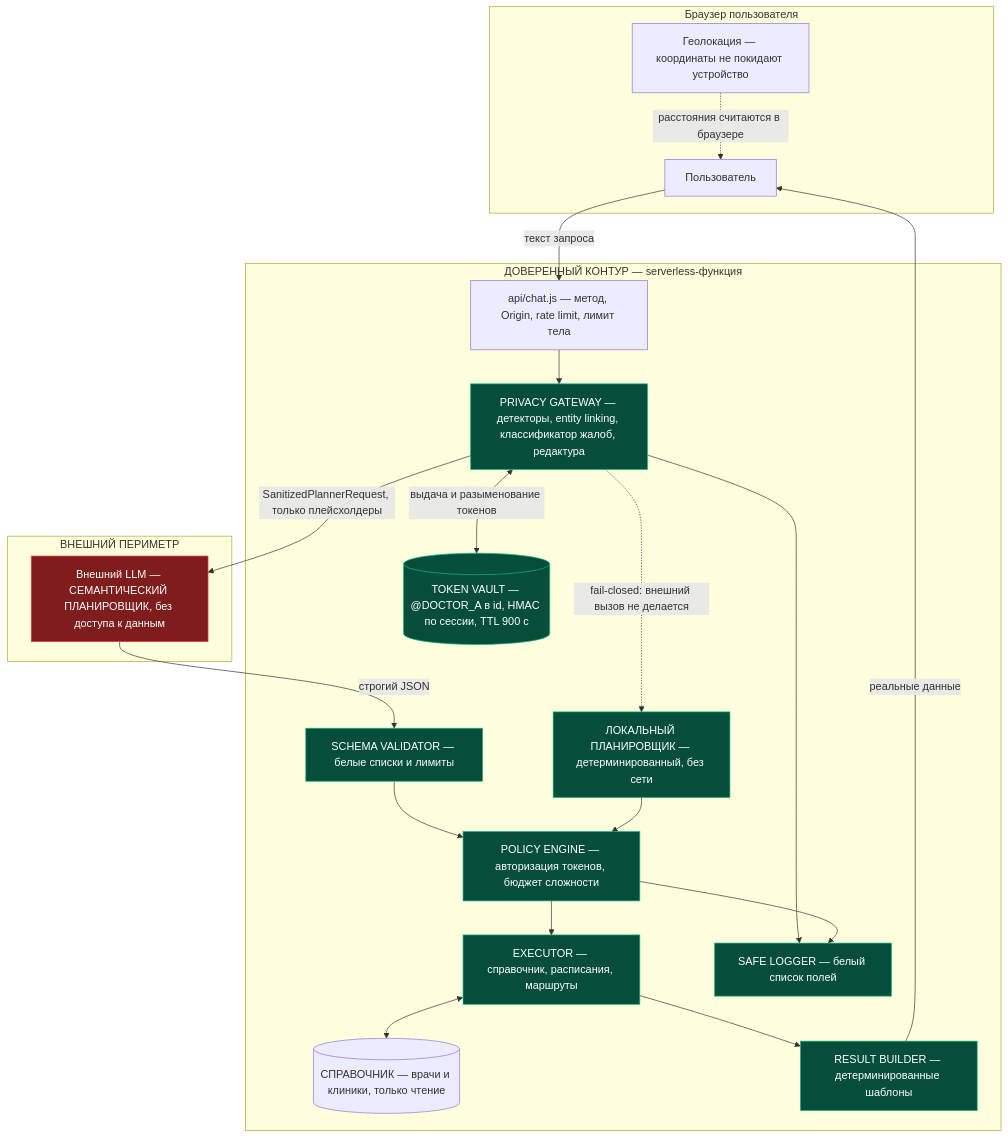
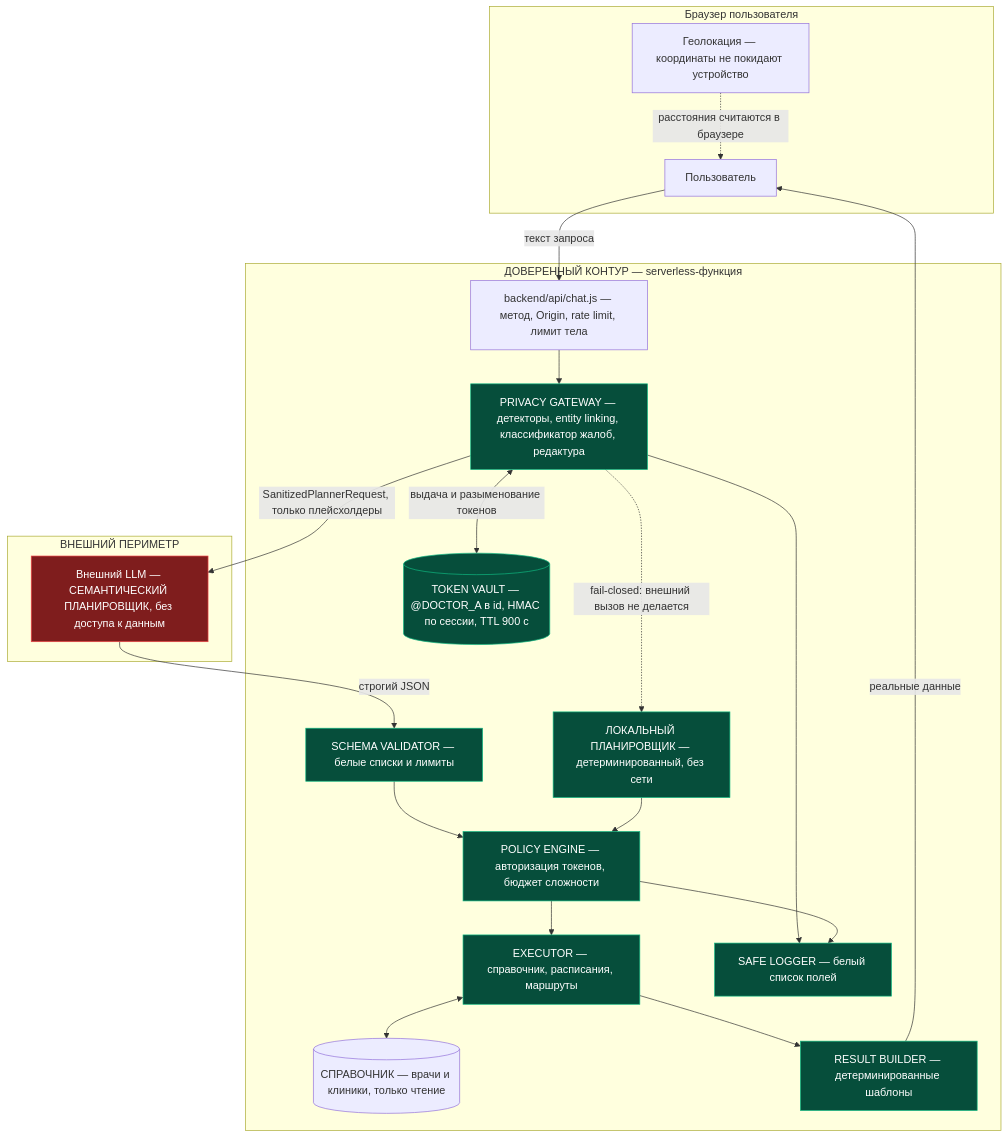
The first of 2 diagrams in docs/privacy-architecture.md (MaksimMerkushev/MedKarta), drawn with Mermaid before and after one commit. The commit also changed other lines of this file and 78 other files, not shown here.

````diff
--- a/docs/privacy-architecture.md
+++ b/docs/privacy-architecture.md
@@ -21,45 +21,45 @@
 ```mermaid
 flowchart TB
     subgraph browser["Браузер пользователя"]
         U["Пользователь"]
         GEO["Геолокация — координаты не покидают устройство"]
     end
 
     subgraph trusted["ДОВЕРЕННЫЙ КОНТУР — serverless-функция"]
-        API["api/chat.js — метод, Origin, rate limit, лимит тела"]
+        API["backend/api/chat.js — метод, Origin, rate limit, лимит тела"]
         GW["PRIVACY GATEWAY — детекторы, entity linking, классификатор жалоб, редактура"]
         VAULT[("TOKEN VAULT — @DOCTOR_A в id, HMAC по сессии, TTL 900 c")]
         LOCAL["ЛОКАЛЬНЫЙ ПЛАНИРОВЩИК — детерминированный, без сети"]
         VAL["SCHEMA VALIDATOR — белые списки и лимиты"]
         POL["POLICY ENGINE — авторизация токенов, бюджет сложности"]
         EXEC["EXECUTOR — справочник, расписания, маршруты"]
         CAT[("СПРАВОЧНИК — врачи и клиники, только чтение")]
         RES["RESULT BUILDER — детерминированные шаблоны"]
         LOG["SAFE LOGGER — белый список полей"]
     end
 
     subgraph external["ВНЕШНИЙ ПЕРИМЕТР"]
         LLM["Внешний LLM — СЕМАНТИЧЕСКИЙ ПЛАНИРОВЩИК, без доступа к данным"]
     end
 
     U -->|"текст запроса"| API
     API --> GW
     GW <-->|"выдача и разыменование токенов"| VAULT
     GW -->|"SanitizedPlannerRequest, только плейсхолдеры"| LLM
     GW -.->|"fail-closed: внешний вызов не делается"| LOCAL
     LLM -->|"строгий JSON"| VAL
     VAL --> POL
     LOCAL --> POL
     POL --> EXEC
     EXEC <--> CAT
     EXEC --> RES
     RES -->|"реальные данные"| U
     GEO -.->|"расстояния считаются в браузере"| U
     GW --> LOG
     POL --> LOG
 
     classDef ext fill:#7f1d1d,stroke:#ef4444,color:#fff
     classDef tru fill:#064e3b,stroke:#10b981,color:#fff
     class LLM ext
     class GW,VAULT,VAL,POL,EXEC,RES,LOCAL,LOG tru
 ```
````
